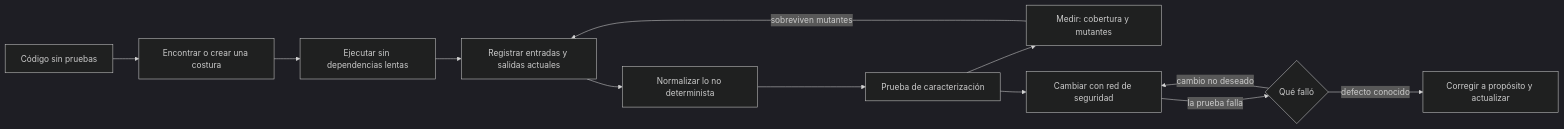
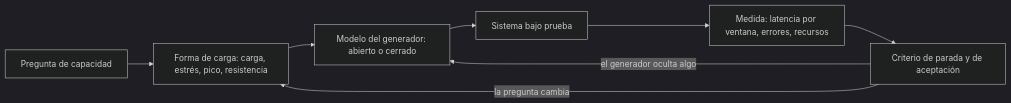
One commit to vladimiracunadev-create/modern-software-engineering-program changed the diagram in content/part-36/SE-435.md. Above: the diagram before and after it, drawn with Mermaid (dark theme). The commit also changed other lines of this file and 5193 other files, not shown here.

````diff
--- a/content/part-36/SE-435.md
+++ b/content/part-36/SE-435.md
@@ -55,14 +54,10 @@
 ```mermaid
 flowchart LR
-    A[Código sin pruebas] --> B[Encontrar o crear una costura]
-    B --> C[Ejecutar sin dependencias lentas]
-    C --> D[Registrar entradas y salidas actuales]
-    D --> E[Normalizar lo no determinista]
-    E --> F[Prueba de caracterización]
-    F --> G[Medir: cobertura y mutantes]
-    G -->|sobreviven mutantes| D
-    F --> H[Cambiar con red de seguridad]
-    H -->|la prueba falla| I{Qué falló}
-    I -->|cambio no deseado| H
-    I -->|defecto conocido| J[Corregir a propósito y actualizar]
+    A[Pregunta de capacidad] --> B[Forma de carga: carga, estrés, pico, resistencia]
+    B --> C[Modelo del generador: abierto o cerrado]
+    C --> D[Sistema bajo prueba]
+    D --> E[Medida: latencia por ventana, errores, recursos]
+    E --> F[Criterio de parada y de aceptación]
+    F -->|el generador oculta algo| C
+    F -->|la pregunta cambia| B
 ```
````
